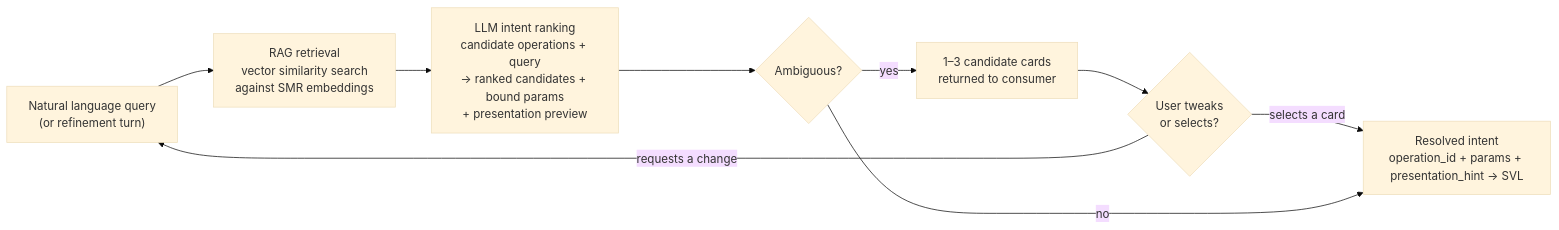
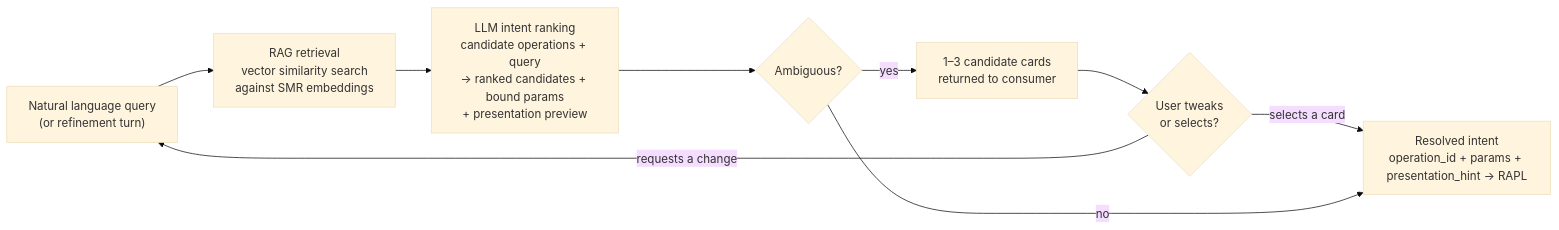
The third of 8 diagrams in docs/product/analytics/02-core-capabilities.md (M-A-Operating-System/shared-work), drawn with Mermaid (base theme) before and after one commit. The commit also changed other lines of this file, not shown here.

First line of the commit message:
Ch02: reorder RAPL before SVL throughout and fix all stale ordering references

````diff
--- a/docs/product/analytics/02-core-capabilities.md
+++ b/docs/product/analytics/02-core-capabilities.md
@@ -398,17 +399,17 @@
 ```mermaid
 flowchart LR
     NL["Natural language query\n(or refinement turn)"]
     RAG["RAG retrieval\nvector similarity search\nagainst SMR embeddings"]
     RANK["LLM intent ranking\ncandidate operations + query\n→ ranked candidates + bound params\n+ presentation preview"]
     CONF{"Ambiguous?"}
     CARDS["1–3 candidate cards\nreturned to consumer"]
     REFINE{"User tweaks\nor selects?"}
-    OUT["Resolved intent\noperation_id + params + presentation_hint → SVL"]
+    OUT["Resolved intent\noperation_id + params + presentation_hint → RAPL"]
 
     NL --> RAG --> RANK --> CONF
     CONF -->|"yes"| CARDS
     CARDS --> REFINE
     REFINE -->|"selects a card"| OUT
     REFINE -->|"requests a change"| NL
     CONF -->|"no"| OUT
 ```
````
